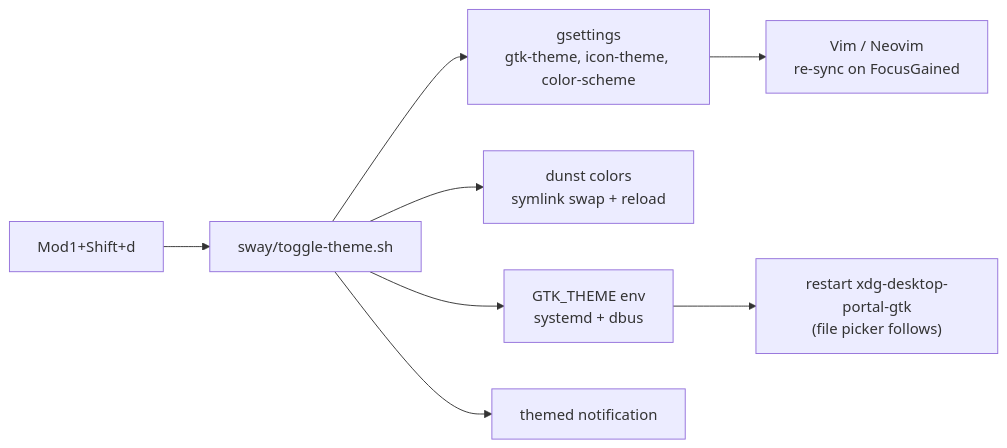
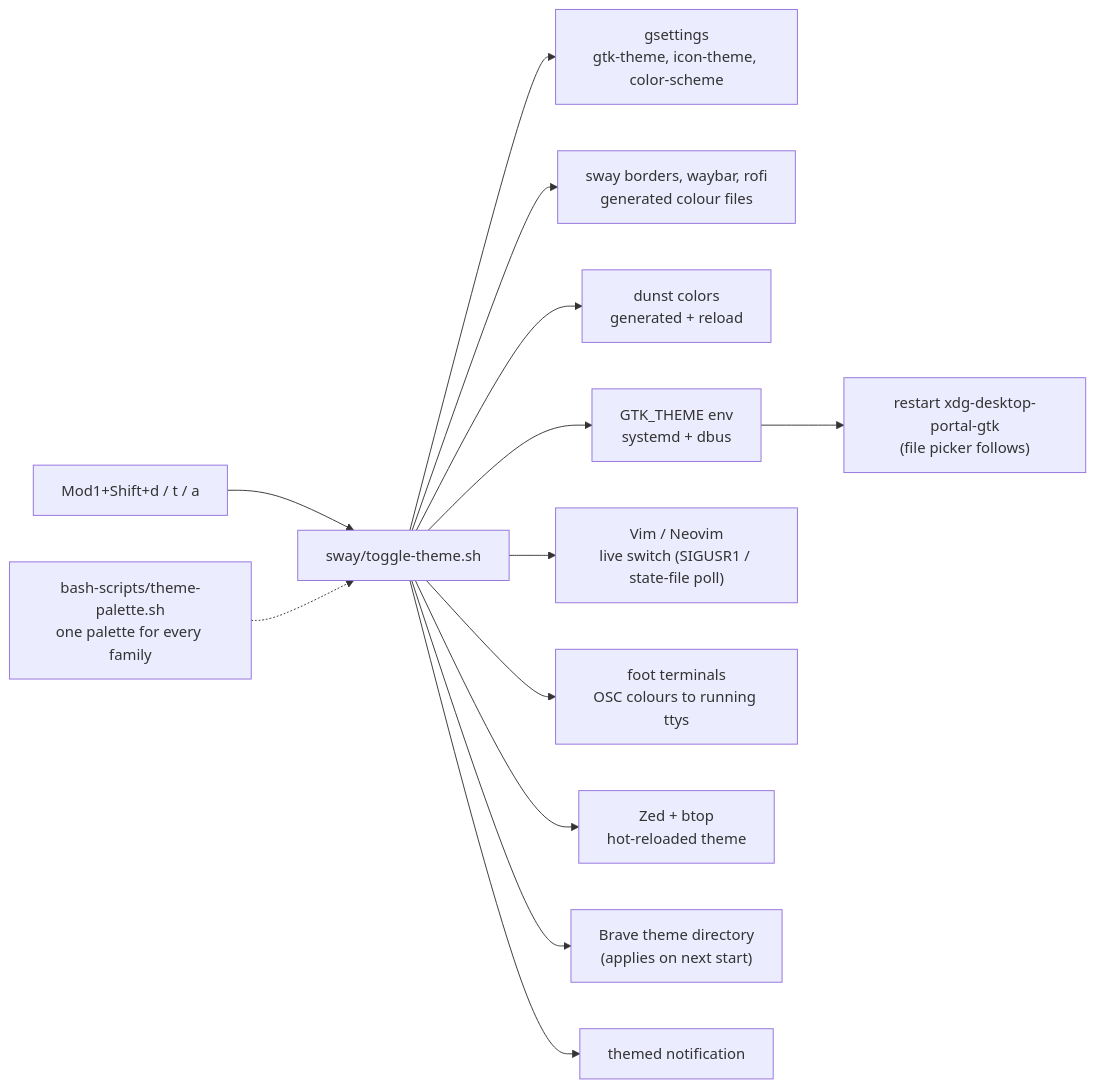
One commit to Darren-Haynes/dotfiles changed the second of 2 diagrams in README.md. Above: the diagram before and after it, drawn with Mermaid. The commit also changed other lines of this file and 46 other files, not shown here.

First line of the commit message:
Add shhhed theme family and a family-aware theme switcher

````diff
--- a/README.md
+++ b/README.md
@@ -49,10 +49,15 @@
 ```mermaid
 flowchart LR
-    K[Mod1+Shift+d] --> T[sway/toggle-theme.sh]
+    K["Mod1+Shift+d / t / a"] --> T[sway/toggle-theme.sh]
+    PAL["bash-scripts/theme-palette.sh<br/>one palette for every family"] -.-> T
     T --> G["gsettings<br/>gtk-theme, icon-theme, color-scheme"]
-    T --> D["dunst colors<br/>symlink swap + reload"]
+    T --> S["sway borders, waybar, rofi<br/>generated colour files"]
+    T --> D["dunst colors<br/>generated + reload"]
     T --> E["GTK_THEME env<br/>systemd + dbus"]
     E --> P["restart xdg-desktop-portal-gtk<br/>(file picker follows)"]
-    G --> V["Vim / Neovim<br/>re-sync on FocusGained"]
+    T --> V["Vim / Neovim<br/>live switch (SIGUSR1 / state-file poll)"]
+    T --> F["foot terminals<br/>OSC colours to running ttys"]
+    T --> Z["Zed + btop<br/>hot-reloaded theme"]
+    T --> B["Brave theme directory<br/>(applies on next start)"]
     T --> N["themed notification"]
 ```
````
